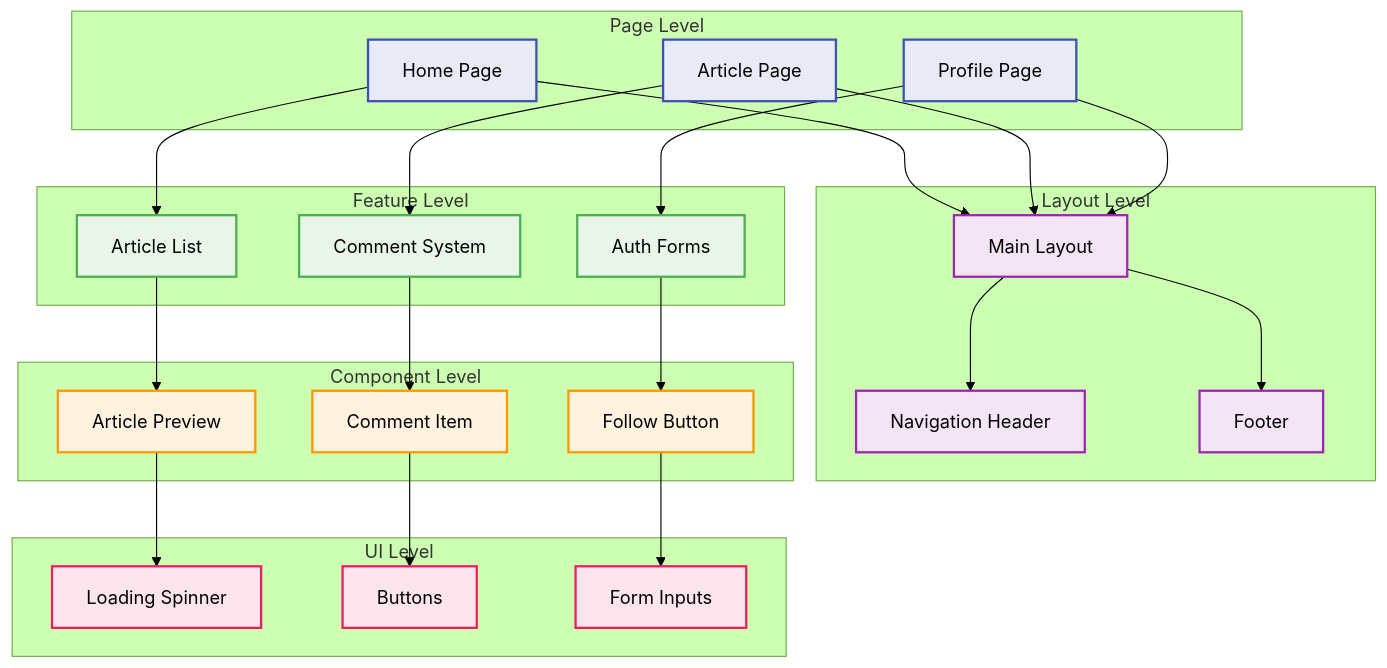
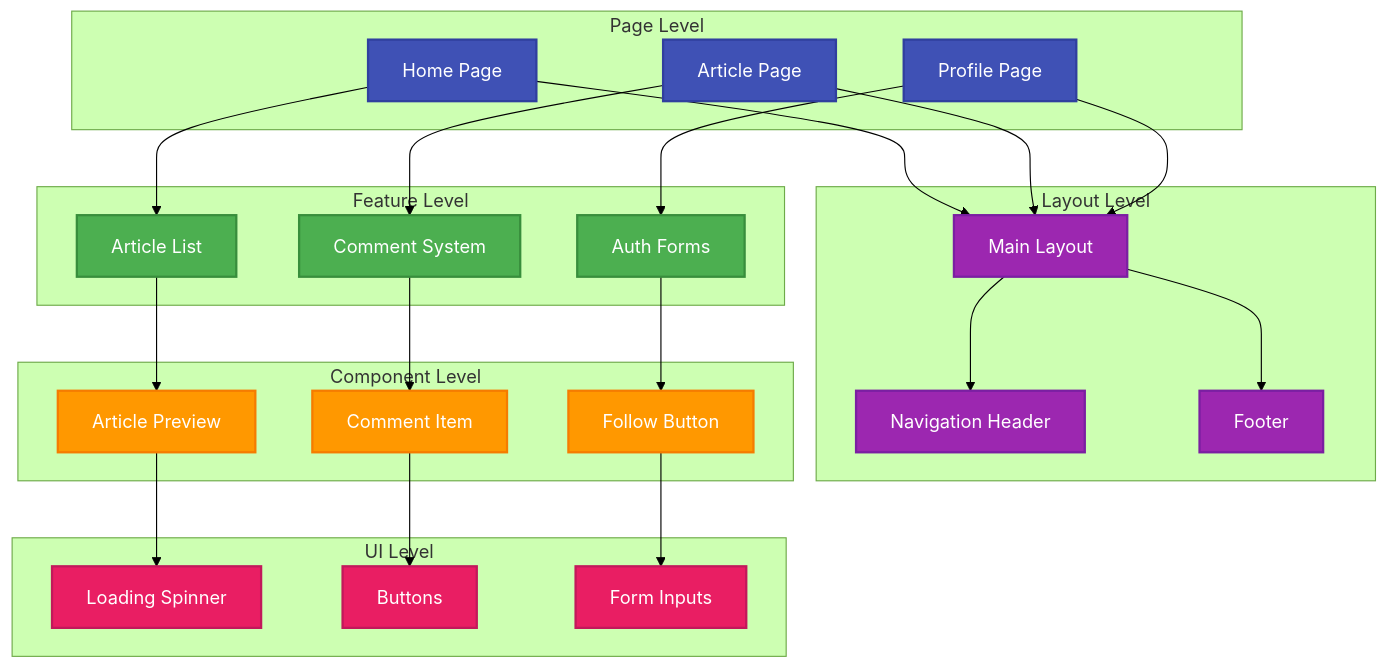
One commit to Hands-On-Vibe-Coding/realworld-vibe-coding changed the second of 2 diagrams in frontend/README.md. Above: the diagram before and after it, drawn with Mermaid (forest theme). The commit also changed other lines of this file and 1 other file, not shown here.

First line of the commit message:
fix: improve mermaid diagram colors for dark/light mode compatibility

````diff
--- a/frontend/README.md
+++ b/frontend/README.md
@@ -246,59 +246,59 @@
 ```mermaid
 graph TD
     subgraph "Page Level"
         HOME[Home Page]
         ARTICLE[Article Page]
         PROFILE[Profile Page]
     end
     
     subgraph "Layout Level"
         LAYOUT[Main Layout]
         HEADER[Navigation Header]
         FOOTER[Footer]
     end
     
     subgraph "Feature Level"
         ARTICLE_LIST[Article List]
         COMMENT_SYSTEM[Comment System]
         AUTH_FORMS[Auth Forms]
     end
     
     subgraph "Component Level"
         ARTICLE_PREVIEW[Article Preview]
         COMMENT_ITEM[Comment Item]
         FOLLOW_BUTTON[Follow Button]
     end
     
     subgraph "UI Level"
         LOADING[Loading Spinner]
         BUTTON[Buttons]
         INPUT[Form Inputs]
     end
     
     HOME --> LAYOUT
     ARTICLE --> LAYOUT
     PROFILE --> LAYOUT
     LAYOUT --> HEADER
     LAYOUT --> FOOTER
     HOME --> ARTICLE_LIST
     ARTICLE --> COMMENT_SYSTEM
     PROFILE --> AUTH_FORMS
     ARTICLE_LIST --> ARTICLE_PREVIEW
     COMMENT_SYSTEM --> COMMENT_ITEM
     AUTH_FORMS --> FOLLOW_BUTTON
     ARTICLE_PREVIEW --> LOADING
     COMMENT_ITEM --> BUTTON
     FOLLOW_BUTTON --> INPUT
     
-    classDef page fill:#e8eaf6,stroke:#3f51b5,stroke-width:2px,color:#000
-    classDef layout fill:#f3e5f5,stroke:#9c27b0,stroke-width:2px,color:#000
-    classDef feature fill:#e8f5e8,stroke:#4caf50,stroke-width:2px,color:#000
-    classDef component fill:#fff3e0,stroke:#ff9800,stroke-width:2px,color:#000
-    classDef ui fill:#fce4ec,stroke:#e91e63,stroke-width:2px,color:#000
+    classDef page fill:#3f51b5,stroke:#303f9f,stroke-width:2px,color:#ffffff
+    classDef layout fill:#9c27b0,stroke:#7b1fa2,stroke-width:2px,color:#ffffff
+    classDef feature fill:#4caf50,stroke:#388e3c,stroke-width:2px,color:#ffffff
+    classDef component fill:#ff9800,stroke:#f57c00,stroke-width:2px,color:#ffffff
+    classDef ui fill:#e91e63,stroke:#c2185b,stroke-width:2px,color:#ffffff
     
     class HOME,ARTICLE,PROFILE page
     class LAYOUT,HEADER,FOOTER layout
     class ARTICLE_LIST,COMMENT_SYSTEM,AUTH_FORMS feature
     class ARTICLE_PREVIEW,COMMENT_ITEM,FOLLOW_BUTTON component
     class LOADING,BUTTON,INPUT ui
 ```
````
